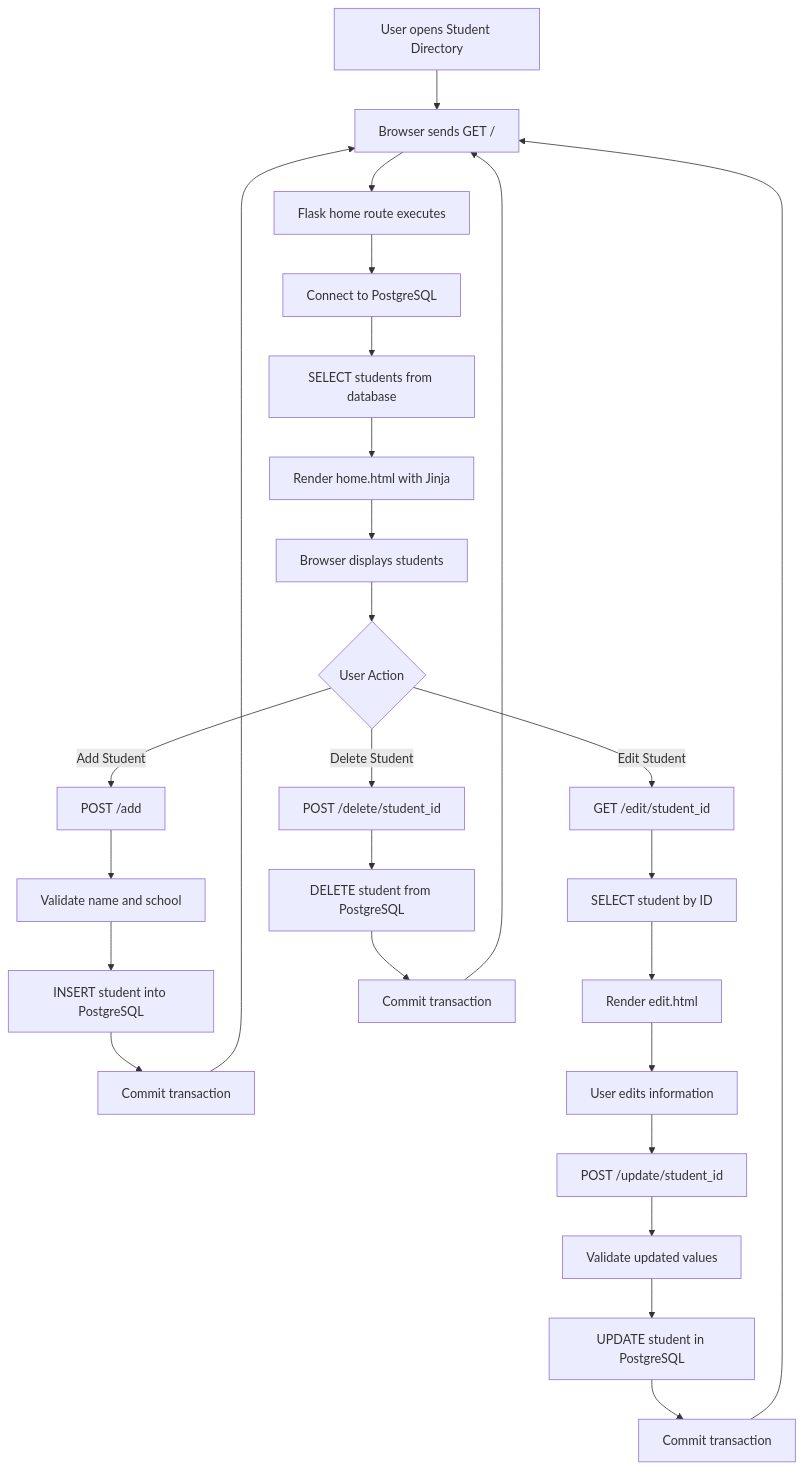
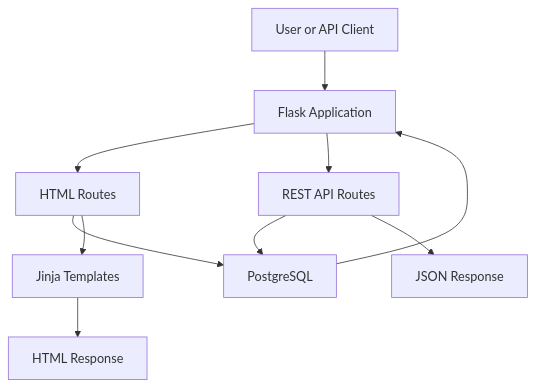
The diagram in README.md (matthew-demarco/student-directory), drawn with Mermaid before and after one commit. The commit also changed other lines of this file, not shown here.

Commit message:
Update README with REST API and API tests

````diff
--- a/README.md
+++ b/README.md
@@ -25,32 +27,17 @@
 ```mermaid
 flowchart TD
-    A[User opens Student Directory] --> B[Browser sends GET /]
-    B --> C[Flask home route executes]
-    C --> D[Connect to PostgreSQL]
-    D --> E[SELECT students from database]
-    E --> F[Render home.html with Jinja]
-    F --> G[Browser displays students]
+    A[User or API Client] --> B[Flask Application]
 
-    G --> H{User Action}
+    B --> C[HTML Routes]
+    B --> D[REST API Routes]
 
-    H -->|Add Student| I[POST /add]
-    I --> J[Validate name and school]
-    J --> K[INSERT student into PostgreSQL]
-    K --> L[Commit transaction]
-    L --> B
+    C --> E[PostgreSQL]
+    D --> E
 
-    H -->|Edit Student| M[GET /edit/student_id]
-    M --> N[SELECT student by ID]
-    N --> O[Render edit.html]
-    O --> P[User edits information]
-    P --> Q[POST /update/student_id]
-    Q --> R[Validate updated values]
-    R --> S[UPDATE student in PostgreSQL]
-    S --> T[Commit transaction]
-    T --> B
+    E --> B
 
-    H -->|Delete Student| U[POST /delete/student_id]
-    U --> V[DELETE student from PostgreSQL]
-    V --> W[Commit transaction]
-    W --> B
+    C --> F[Jinja Templates]
+    F --> G[HTML Response]
+
+    D --> H[JSON Response]
 ```
````
